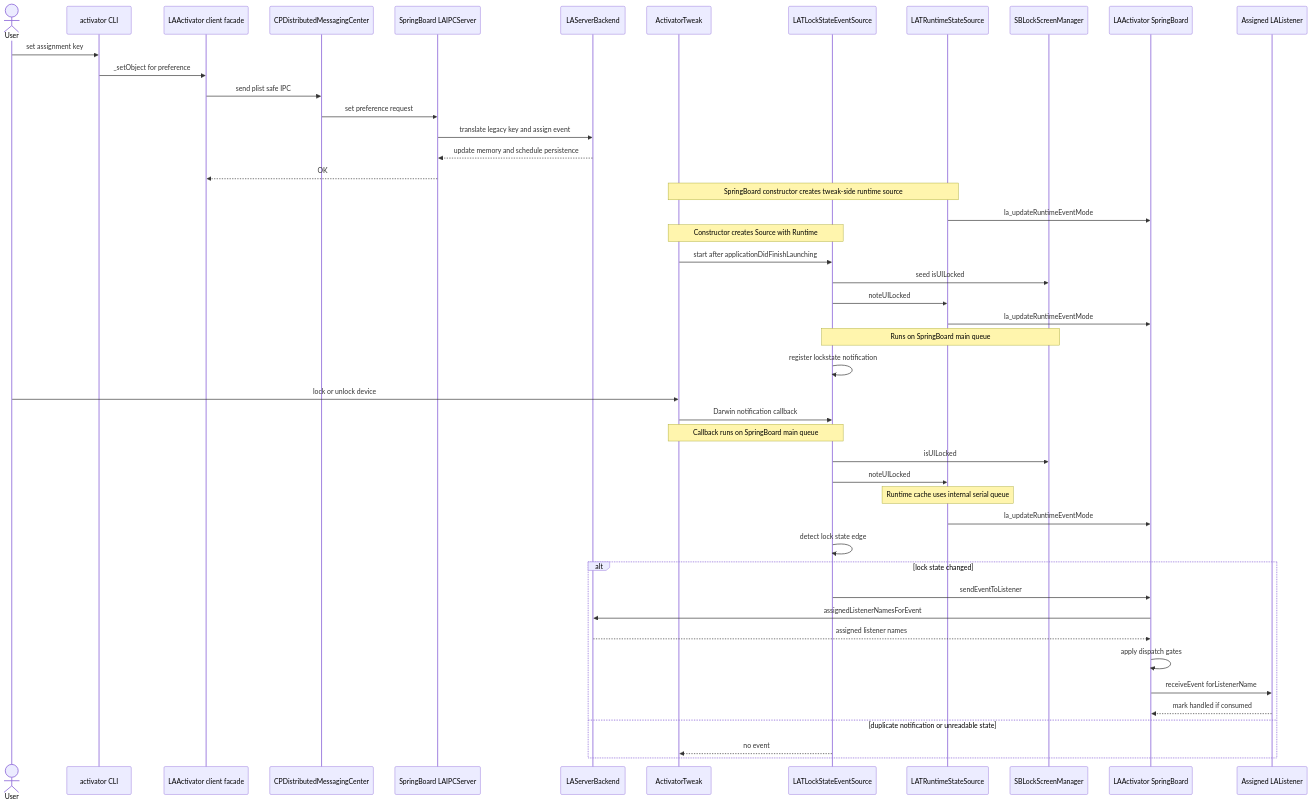
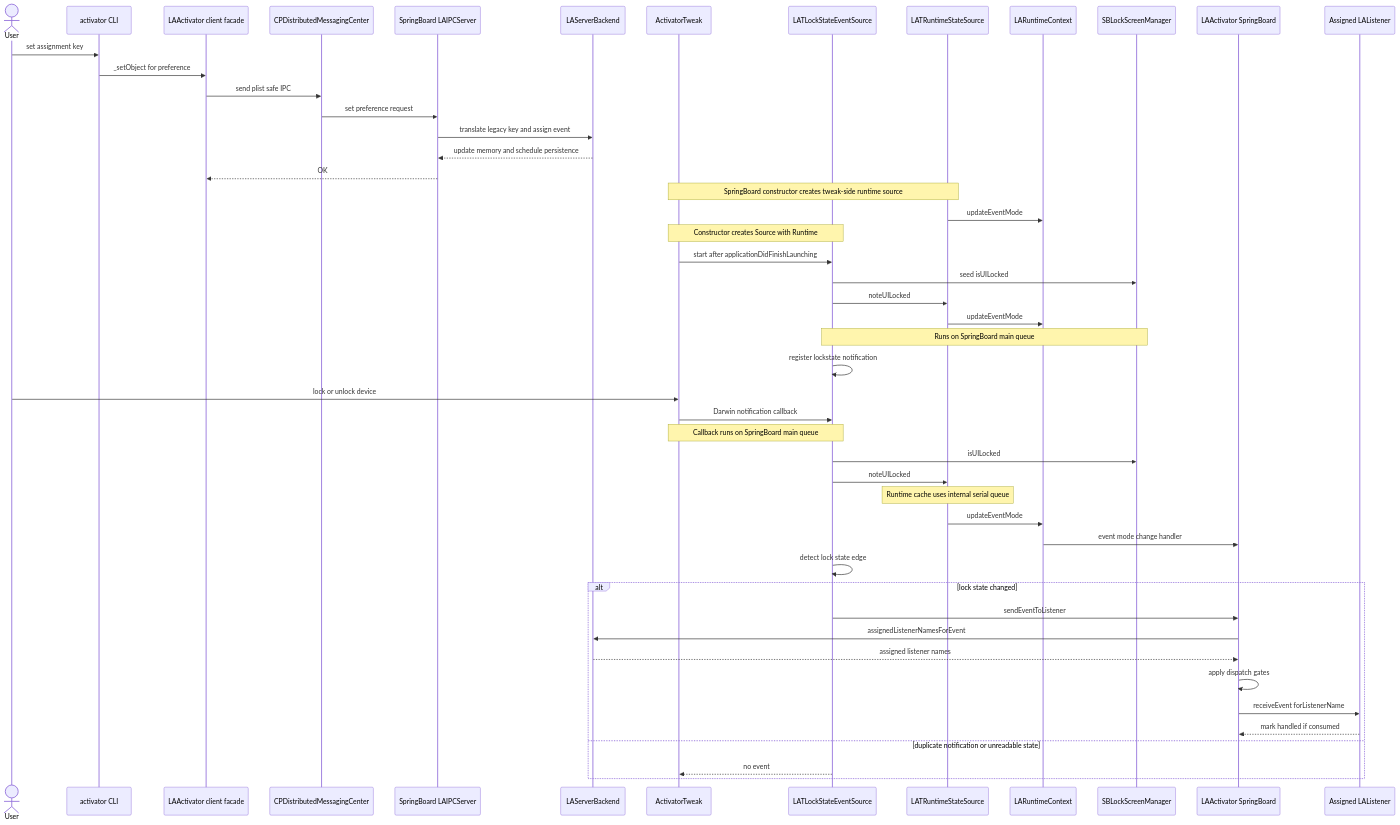
Before and after one commit to Lessica/libactivator: the diagram in docs/LOW_RISK_EVENT_SOURCE_FLOW.md, drawn with Mermaid. The commit also changed 16 other files, not shown here.

Commit message:
Restrict runtime context to SpringBoard and remove facade writes

````diff
--- a/docs/LOW_RISK_EVENT_SOURCE_FLOW.md
+++ b/docs/LOW_RISK_EVENT_SOURCE_FLOW.md
@@ -5,53 +5,55 @@
 ```mermaid
 sequenceDiagram
     actor User
     participant CLI as activator CLI
     participant Client as LAActivator client facade
     participant IPC as CPDistributedMessagingCenter
     participant Server as SpringBoard LAIPCServer
     participant Backend as LAServerBackend
     participant Tweak as ActivatorTweak
     participant Source as LATLockStateEventSource
     participant Runtime as LATRuntimeStateSource
+    participant Context as LARuntimeContext
     participant Lock as SBLockScreenManager
     participant Activator as LAActivator SpringBoard
     participant Listener as Assigned LAListener
 
     User->>CLI: set assignment key
     CLI->>Client: _setObject for preference
     Client->>IPC: send plist safe IPC
     IPC->>Server: set preference request
     Server->>Backend: translate legacy key and assign event
     Backend-->>Server: update memory and schedule persistence
     Server-->>Client: OK
 
     Note over Tweak,Runtime: SpringBoard constructor creates tweak-side runtime source
-    Runtime->>Activator: la_updateRuntimeEventMode
+    Runtime->>Context: updateEventMode
     Note over Tweak,Source: Constructor creates Source with Runtime
     Tweak->>Source: start after applicationDidFinishLaunching
     Source->>Lock: seed isUILocked
     Source->>Runtime: noteUILocked
-    Runtime->>Activator: la_updateRuntimeEventMode
+    Runtime->>Context: updateEventMode
     Note over Source,Lock: Runs on SpringBoard main queue
     Source->>Source: register lockstate notification
 
     User->>Tweak: lock or unlock device
     Tweak->>Source: Darwin notification callback
     Note over Tweak,Source: Callback runs on SpringBoard main queue
     Source->>Lock: isUILocked
     Source->>Runtime: noteUILocked
     Note over Runtime: Runtime cache uses internal serial queue
-    Runtime->>Activator: la_updateRuntimeEventMode
+    Runtime->>Context: updateEventMode
+    Context->>Activator: event mode change handler
     Source->>Source: detect lock state edge
 
     alt lock state changed
         Source->>Activator: sendEventToListener
         Activator->>Backend: assignedListenerNamesForEvent
         Backend-->>Activator: assigned listener names
         Activator->>Activator: apply dispatch gates
         Activator->>Listener: receiveEvent forListenerName
         Listener-->>Activator: mark handled if consumed
     else duplicate notification or unreadable state
         Source-->>Tweak: no event
     end
 ```
````
